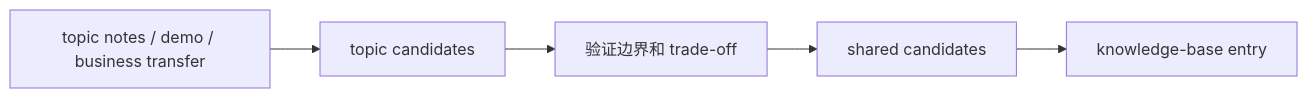
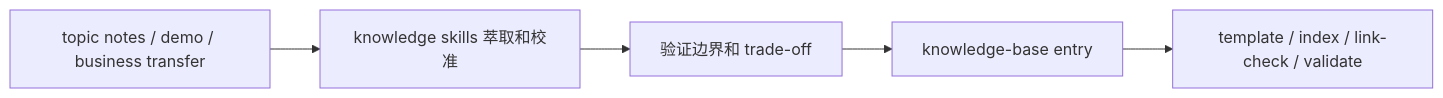
Before and after one commit to hedon954/daedalus: the fourth of 4 diagrams in README.md, drawn with Mermaid. The commit also changed other lines of this file and 61 other files, not shown here.

First line of the commit message:
feat(knowledge): 实现 skill-first 知识库演进

````diff
--- a/README.md
+++ b/README.md
@@ -216,7 +218,7 @@
 ```mermaid
 flowchart LR
-    Evidence["topic notes / demo / business transfer"] --> Candidates["topic candidates"]
-    Candidates --> Verify["验证边界和 trade-off"]
-    Verify --> Shared["shared candidates"]
-    Shared --> Export["knowledge-base entry"]
+    Evidence["topic notes / demo / business transfer"] --> Skill["knowledge skills 萃取和校准"]
+    Skill --> Verify["验证边界和 trade-off"]
+    Verify --> Entry["knowledge-base entry"]
+    Entry --> CLI["template / index / link-check / validate"]
 ```
````
